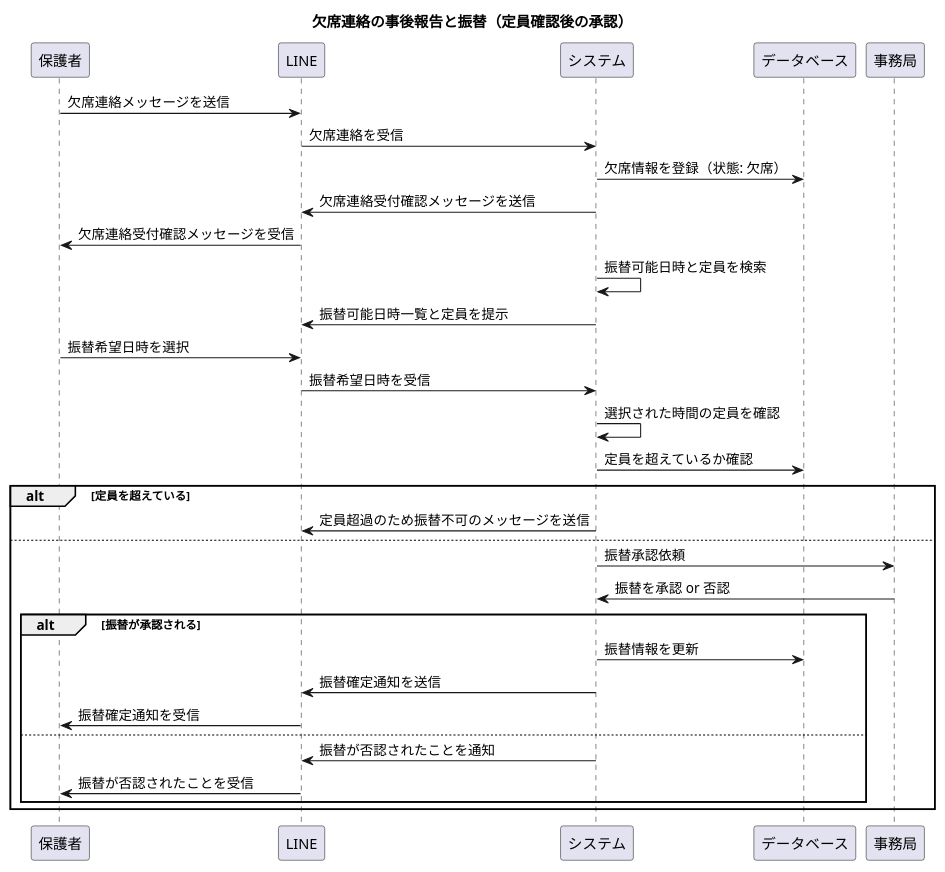
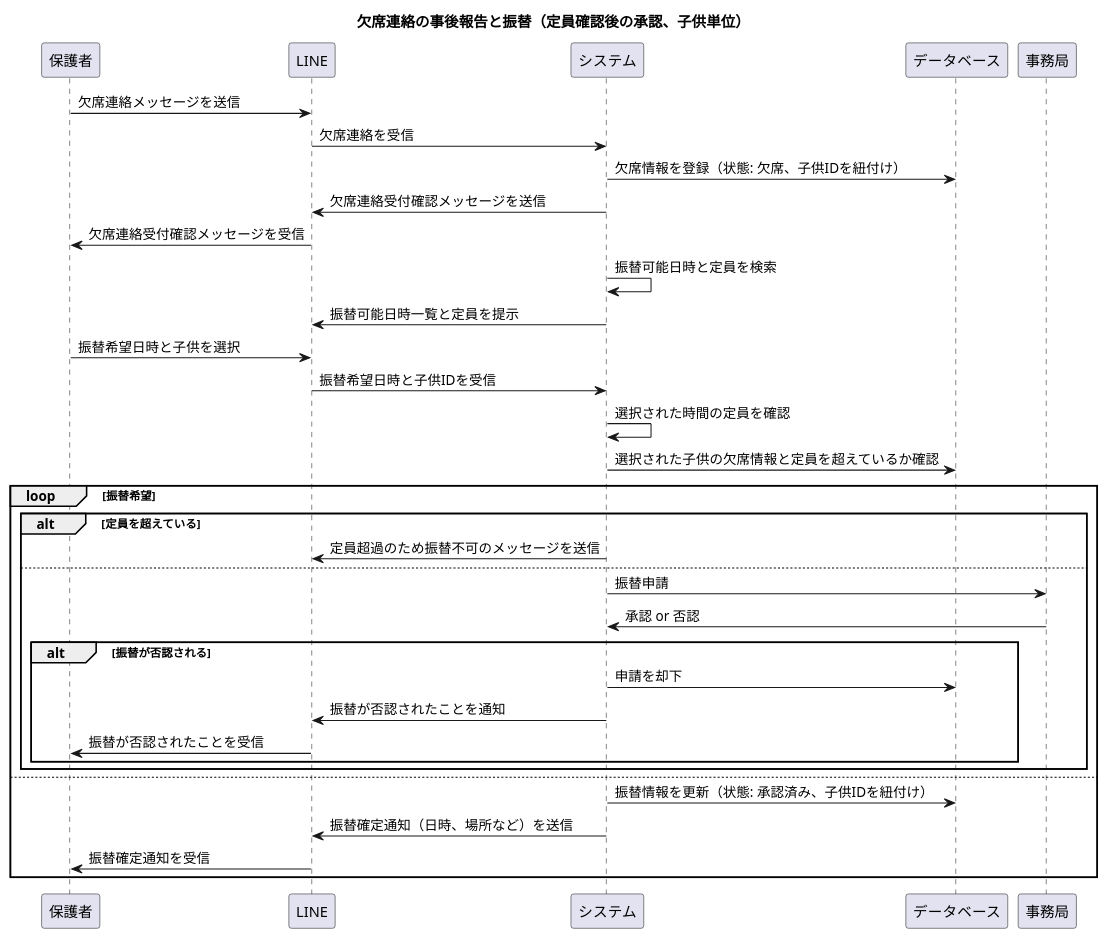
The diagram in documents/sequence.pu (ichi-rojin/naraigoto), drawn with PlantUML before and after one commit. The commit also changed 2 other files, not shown here.

```diff
--- a/documents/sequence.pu
+++ b/documents/sequence.pu
@@ -1,36 +1,40 @@
 @startuml
-title 欠席連絡の事後報告と振替（定員確認後の承認）
+title 欠席連絡の事後報告と振替（定員確認後の承認、子供単位）
 
 participant 保護者
 participant LINE
 participant システム
 participant データベース
+participant 事務局
 
 保護者 -> LINE: 欠席連絡メッセージを送信
 LINE -> システム: 欠席連絡を受信
-システム -> データベース: 欠席情報を登録（状態: 欠席）
+システム -> データベース: 欠席情報を登録（状態: 欠席、子供IDを紐付け）
 システム -> LINE: 欠席連絡受付確認メッセージを送信
 LINE -> 保護者: 欠席連絡受付確認メッセージを受信
 
 システム -> システム: 振替可能日時と定員を検索
 システム -> LINE: 振替可能日時一覧と定員を提示
 
-保護者 -> LINE: 振替希望日時を選択
-LINE -> システム: 振替希望日時を受信
+保護者 -> LINE: 振替希望日時と子供を選択
+LINE -> システム: 振替希望日時と子供IDを受信
 システム -> システム: 選択された時間の定員を確認
-システム -> データベース: 定員を超えているか確認
-alt 定員を超えている
-    システム -> LINE: 定員超過のため振替不可のメッセージを送信
+システム -> データベース: 選択された子供の欠席情報と定員を超えているか確認
+loop 振替希望
+    alt 定員を超えている
+        システム -> LINE: 定員超過のため振替不可のメッセージを送信
+    else
+        システム -> 事務局: 振替申請
+        事務局 -> システム: 承認 or 否認
+        alt 振替が否認される
+            システム -> データベース: 申請を却下
+            システム -> LINE: 振替が否認されたことを通知
+            LINE -> 保護者: 振替が否認されたことを受信
+        end
+    end
 else
-    システム -> 事務局: 振替承認依頼
-    事務局 -> システム: 振替を承認 or 否認
-    alt 振替が承認される
-        システム -> データベース: 振替情報を更新
-        システム -> LINE: 振替確定通知を送信
-        LINE -> 保護者: 振替確定通知を受信
-    else
-        システム -> LINE: 振替が否認されたことを通知
-        LINE -> 保護者: 振替が否認されたことを受信
-    end
+    システム -> データベース: 振替情報を更新（状態: 承認済み、子供IDを紐付け）
+    システム -> LINE: 振替確定通知（日時、場所など）を送信
+    LINE -> 保護者: 振替確定通知を受信
 end
 @enduml
```
